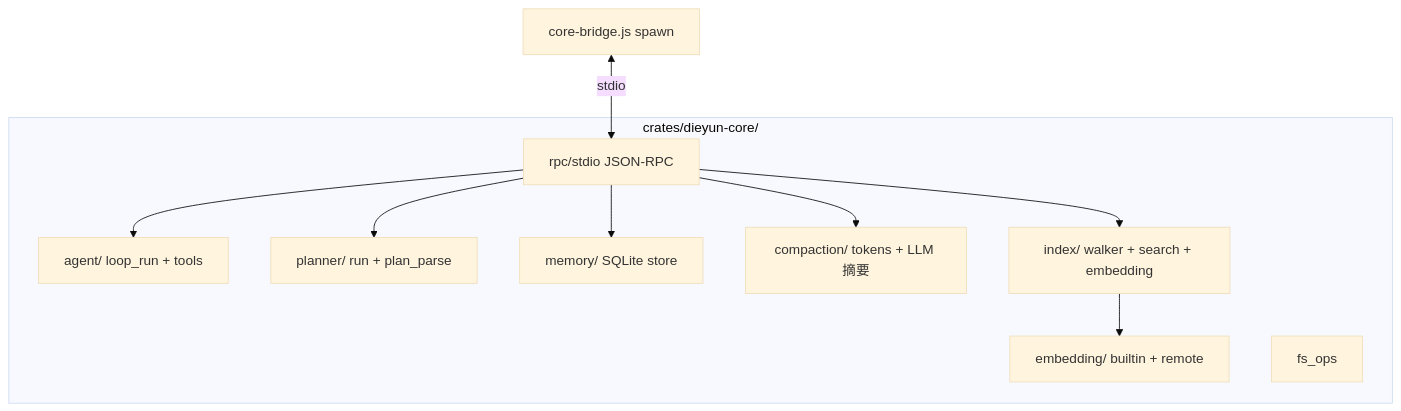
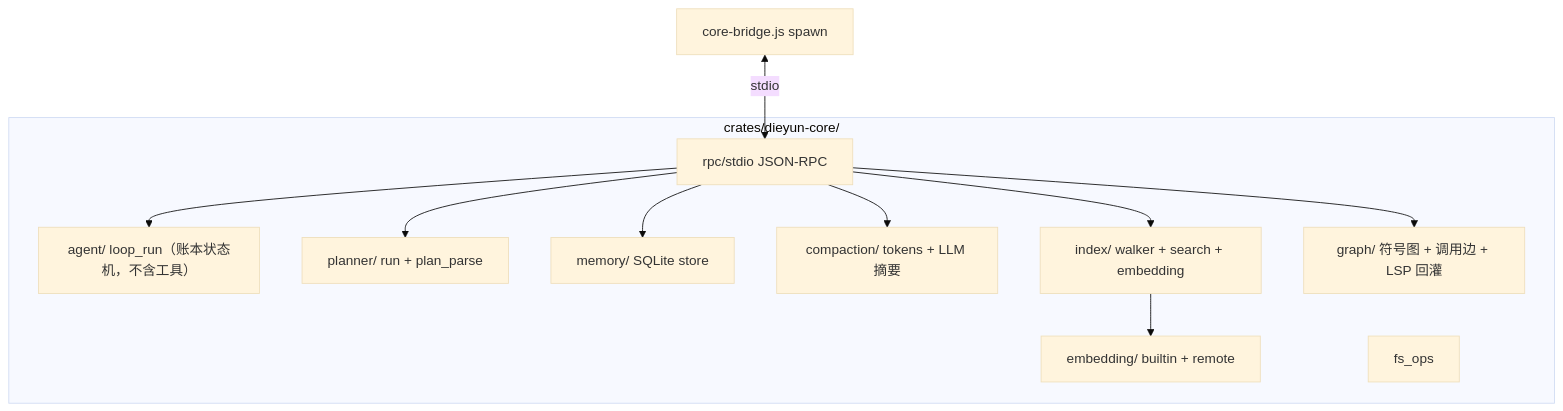
Before and after one commit to zuochamo/dieyunagent: the seventh of 15 diagrams in docs/ARCHITECTURE.md, drawn with Mermaid (base theme). The commit also changed other lines of this file and 29 other files, not shown here.

````diff
--- a/docs/ARCHITECTURE.md
+++ b/docs/ARCHITECTURE.md
@@ -337,21 +337,23 @@
 ```mermaid
 flowchart TB
   subgraph Crate["crates/dieyun-core/"]
     RPCio["rpc/stdio JSON-RPC"]
-    Agent["agent/ loop_run + tools"]
+    Agent["agent/ loop_run（账本状态机，不含工具）"]
     Planner["planner/ run + plan_parse"]
     Memory["memory/ SQLite store"]
     Compaction["compaction/ tokens + LLM 摘要"]
     Index["index/ walker + search + embedding"]
+    Graph["graph/ 符号图 + 调用边 + LSP 回灌"]
     Embed["embedding/ builtin + remote"]
     FS["fs_ops"]
   end
 
   Bridge["core-bridge.js spawn"] <-->|stdio| RPCio
   RPCio --> Agent
   RPCio --> Planner
   RPCio --> Memory
   RPCio --> Compaction
   RPCio --> Index
+  RPCio --> Graph
   Index --> Embed
 ```
````
